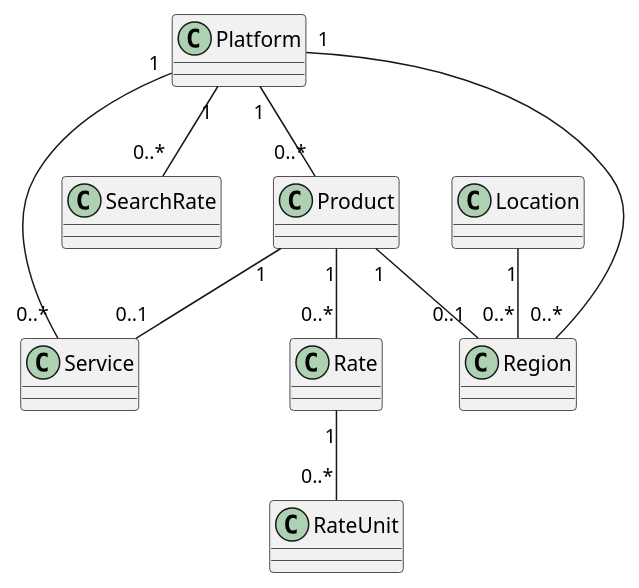
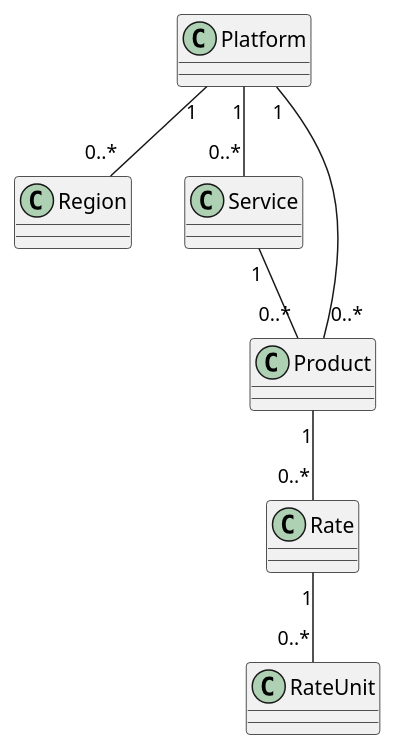
Before and after one commit to huybrechtsxyz/huybrechtsxyz: the diagram in src/website/Huybrechts.Core/Platform/_.plantuml, drawn with PlantUML. The commit also changed 15 other files, not shown here.

Commit message:
Upated platformdbschema

```diff
--- a/src/website/Huybrechts.Core/Platform/_.plantuml
+++ b/src/website/Huybrechts.Core/Platform/_.plantuml
@@ -1,53 +1,32 @@
 @startuml Platform CD
 
 class Platform {
 }
 
 class Region {
 }
 
 Platform "1" -- "0..*" Region
 
 class Service {
 }
 
 Platform "1" -- "0..*" Service
 
-
-
-
-
-
-
-
-
-
-class Location {
+class Product {
 }
 
-class SearchRate {
-}
-
-class Product {
-}
+Platform "1" -- "0..*" Product
+Service "1" -- "0..*" Product
 
 class Rate {
 }
 
+Product "1" -- "0..*" Rate
+
 class RateUnit {
 }
 
-Platform "1" -- "0..*" SearchRate
-
-
-
-
-Location "1" -- "0..*"Region
-
-Platform "1" -- "0..*" Product
-Product "1" -- "0..1" Service
-Product "1" -- "0..1" Region
-Product "1" -- "0..*" Rate
-Rate "1" -- "0..*" RateUnit 
+Rate "1" -- "0..*" RateUnit
 
 @enduml
```
